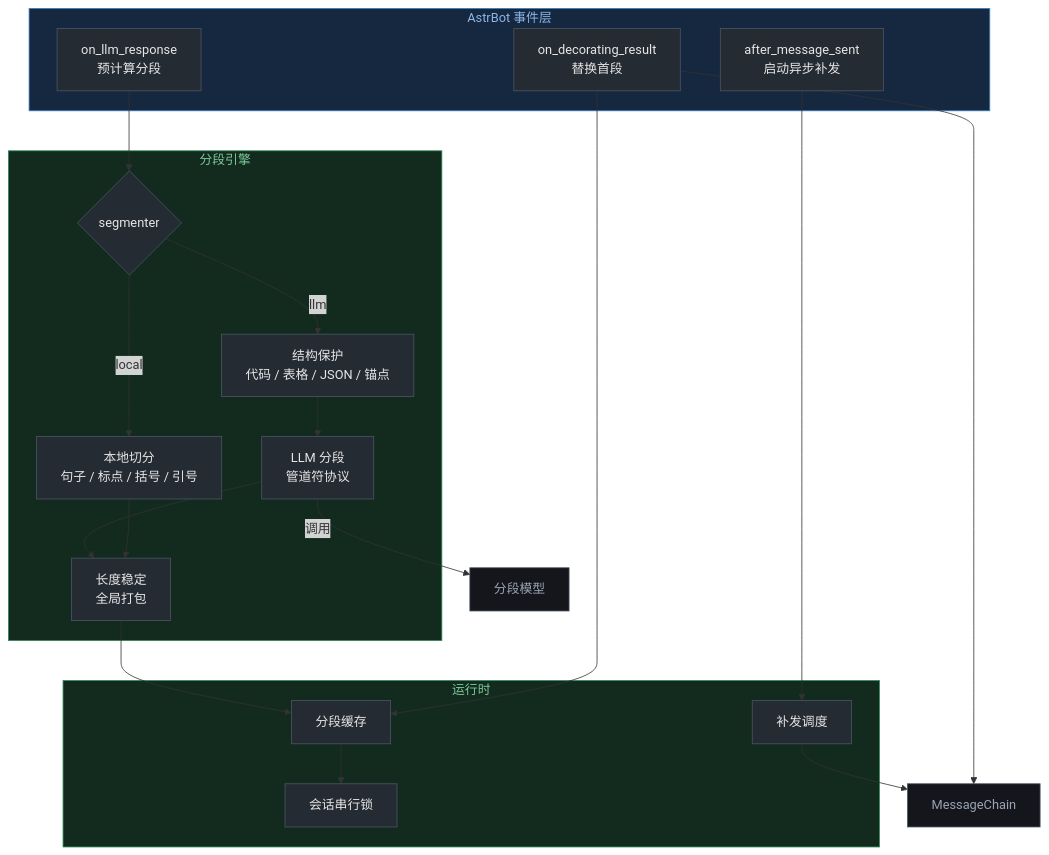
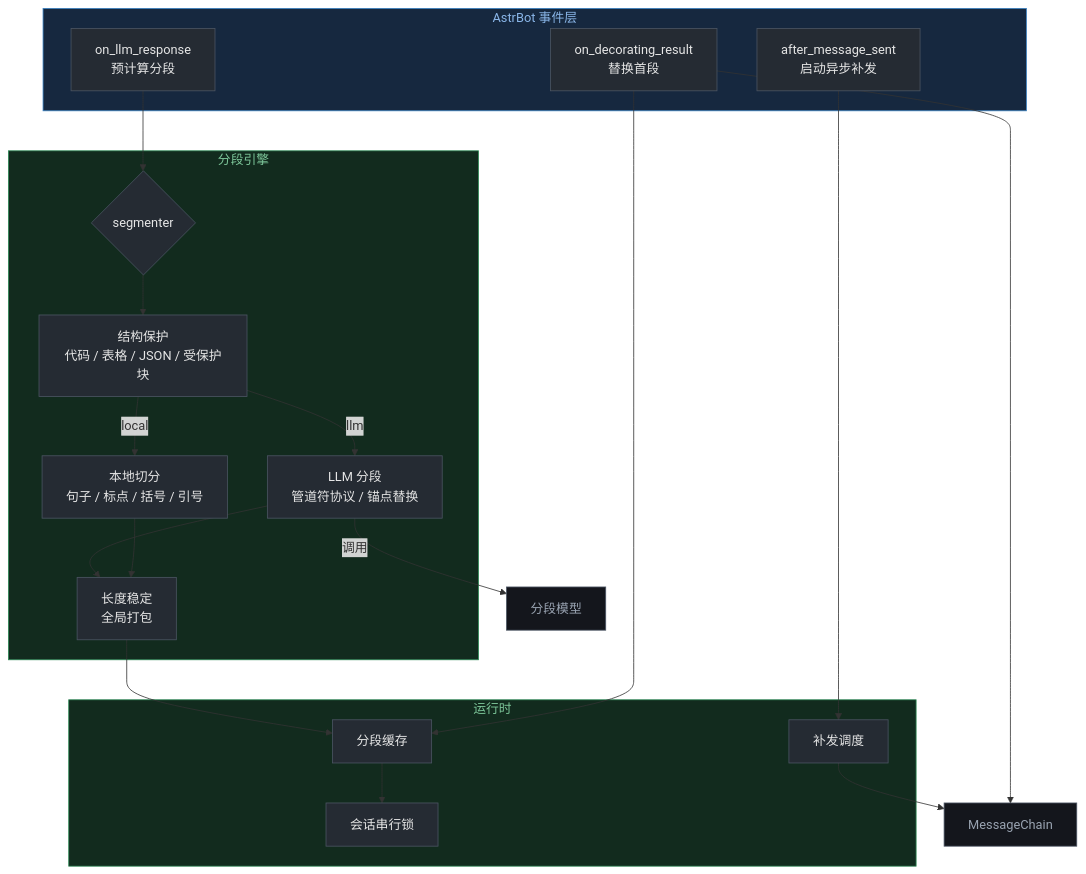
One commit to EVOL233awa/astrbot_plugin_smart_segmentation_enhanced changed the diagram in README.md. Above: the diagram before and after it, drawn with Mermaid.

Commit message:
docs: 修正架构图中结构保护的位置

````diff
--- a/README.md
+++ b/README.md
@@ -52,49 +52,49 @@
 ```mermaid
 flowchart TB
     subgraph Hooks["AstrBot 事件层"]
         H1["on_llm_response<br/>预计算分段"]
         H2["on_decorating_result<br/>替换首段"]
         H3["after_message_sent<br/>启动异步补发"]
     end
 
     subgraph Engine["分段引擎"]
         Router{"segmenter"}
+        Protect["结构保护<br/>代码 / 表格 / JSON / 受保护块"]
         Local["本地切分<br/>句子 / 标点 / 括号 / 引号"]
-        Protect["结构保护<br/>代码 / 表格 / JSON / 锚点"]
-        LLM["LLM 分段<br/>管道符协议"]
+        LLM["LLM 分段<br/>管道符协议 / 锚点替换"]
         Stabilize["长度稳定<br/>全局打包"]
     end
 
     subgraph Runtime["运行时"]
         Store["分段缓存"]
         Lock["会话串行锁"]
         FollowUp["补发调度"]
     end
 
     Provider["分段模型"]
     Chain["MessageChain"]
 
     H1 --> Router
-    Router -->|local| Local
-    Router -->|llm| Protect
-    Protect --> LLM
+    Router --> Protect
+    Protect -->|local| Local
+    Protect -->|llm| LLM
     LLM -->|调用| Provider
     LLM --> Stabilize
     Local --> Stabilize
     Stabilize --> Store
     H2 --> Store
     H2 --> Chain
     H3 --> FollowUp
     FollowUp --> Chain
     Store --> Lock
 
     classDef node fill:#252b33,stroke:#4b5563,color:#e6e6e6
     classDef ext fill:#14161c,stroke:#4b5563,color:#9aa4b2
     class H1,H2,H3,Router,Local,Protect,LLM,Stabilize,Store,Lock,FollowUp node
     class Provider,Chain ext
     style Hooks fill:#16283f,stroke:#3b82c4,color:#8ab6e8
     style Engine fill:#122b1e,stroke:#2e8b57,color:#7dc79a
     style Runtime fill:#122b1e,stroke:#2e8b57,color:#7dc79a
     style Provider fill:#14161c,stroke:#4b5563,color:#9aa4b2
     style Chain fill:#14161c,stroke:#4b5563,color:#9aa4b2
 ```
````
